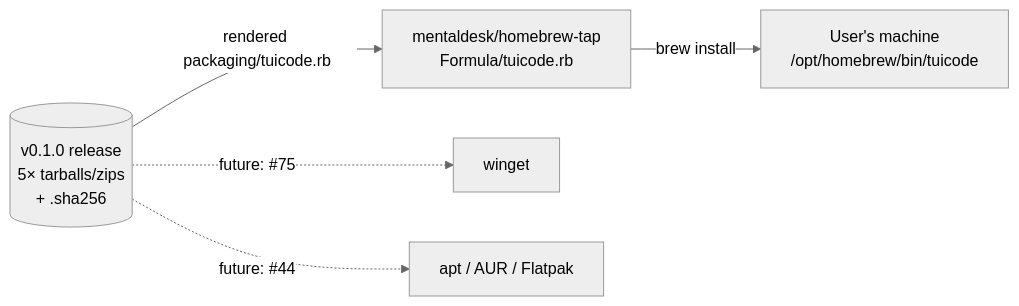
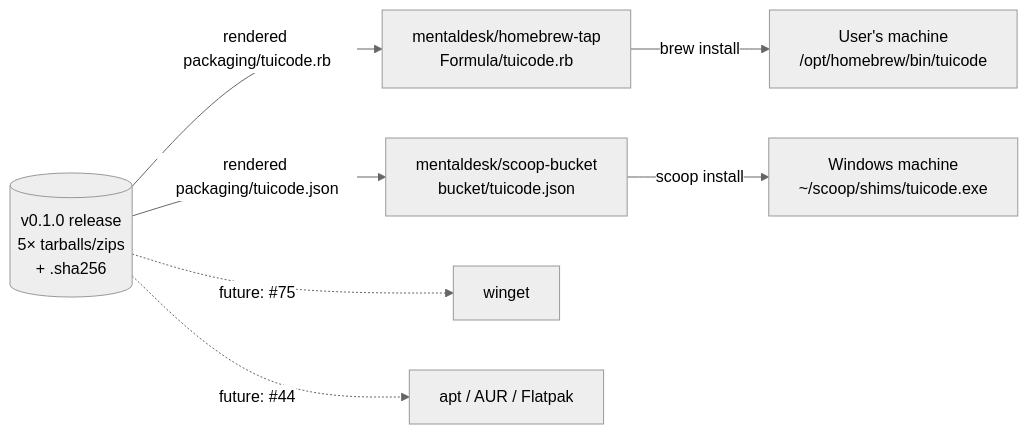
Before and after one commit to mentaldesk/TuiCode: the second of 2 diagrams in CONTRIBUTING.md, drawn with Mermaid (neutral theme). The commit also changed other lines of this file and 4 other files, not shown here.

First line of the commit message:
Windows users get the current version from Scoop

````diff
--- a/CONTRIBUTING.md
+++ b/CONTRIBUTING.md
@@ -73,9 +78,12 @@
 ```mermaid
 flowchart LR
     Release[("v0.1.0 release<br/>5× tarballs/zips<br/>+ .sha256")]
     Release -->|"rendered packaging/tuicode.rb"| Tap["mentaldesk/homebrew-tap<br/>Formula/tuicode.rb"]
     Tap -->|brew install| User["User's machine<br/>/opt/homebrew/bin/tuicode"]
 
+    Release -->|"rendered packaging/tuicode.json"| Bucket["mentaldesk/scoop-bucket<br/>bucket/tuicode.json"]
+    Bucket -->|scoop install| Win["Windows machine<br/>~/scoop/shims/tuicode.exe"]
+
     Release -.->|future: #75| Winget["winget"]
     Release -.->|future: #44| Linux["apt / AUR / Flatpak"]
 ```
````
